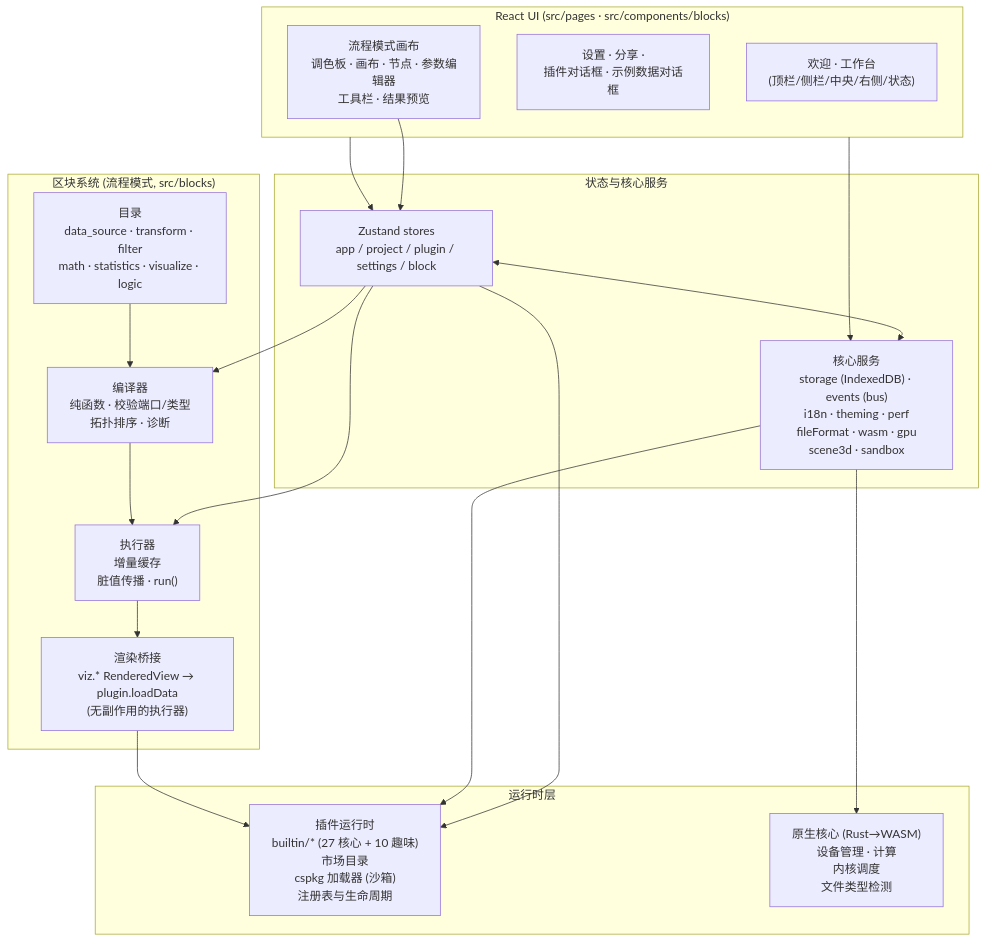
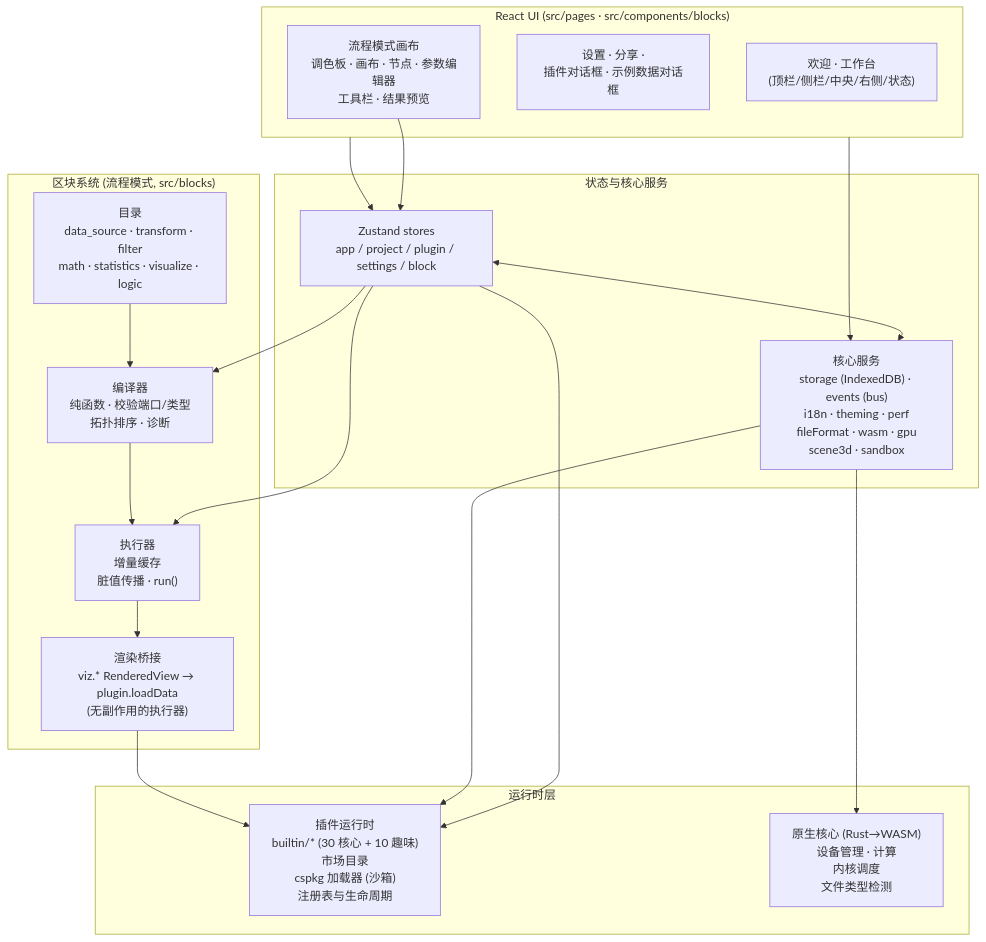
The diagram in README.zh-CN.md (Miwafi/ErgalicsStudio), drawn with Mermaid before and after one commit. The commit also changed other lines of this file and 2 other files, not shown here.

First line of the commit message:
build: 新增apache-arrow依赖，更新文档与统计绘图等功能

````diff
--- a/README.zh-CN.md
+++ b/README.zh-CN.md
@@ -132,39 +140,39 @@
 ```mermaid
 flowchart TB
     subgraph UI["React UI (src/pages · src/components/blocks)"]
         A1["欢迎 · 工作台<br/>(顶栏/侧栏/中央/右侧/状态)"]
         A2["设置 · 分享 ·<br/>插件对话框 · 示例数据对话框"]
         A3["流程模式画布<br/>调色板 · 画布 · 节点 · 参数编辑器<br/>工具栏 · 结果预览"]
     end
 
     subgraph State["状态与核心服务"]
         B1["Zustand stores<br/>app / project / plugin / settings / block"]
         B2["核心服务<br/>storage (IndexedDB) · events (bus)<br/>i18n · theming · perf<br/>fileFormat · wasm · gpu<br/>scene3d · sandbox"]
     end
 
     subgraph Blocks["区块系统 (流程模式, src/blocks)"]
         D1["目录<br/>data_source · transform · filter<br/>math · statistics · visualize · logic"]
         D2["编译器<br/>纯函数 · 校验端口/类型<br/>拓扑排序 · 诊断"]
         D3["执行器<br/>增量缓存<br/>脏值传播 · run()"]
         D4["渲染桥接<br/>viz.* RenderedView → plugin.loadData<br/>(无副作用的执行器)"]
     end
 
     subgraph Runtime["运行时层"]
-        C1["插件运行时<br/>builtin/* (27 核心 + 10 趣味)<br/>市场目录<br/>cspkg 加载器 (沙箱)<br/>注册表与生命周期"]
+        C1["插件运行时<br/>builtin/* (30 核心 + 10 趣味)<br/>市场目录<br/>cspkg 加载器 (沙箱)<br/>注册表与生命周期"]
         C2["原生核心 (Rust→WASM)<br/>设备管理 · 计算<br/>内核调度<br/>文件类型检测"]
     end
 
     UI --> B1
     UI --> B2
     B1 <--> B2
     B1 --> C1
     B2 --> C1
     B2 --> C2
     A3 --> B1
     B1 --> D2
     B1 --> D3
     D2 --> D3
     D1 --> D2
     D3 --> D4
     D4 --> C1
 ```
````
